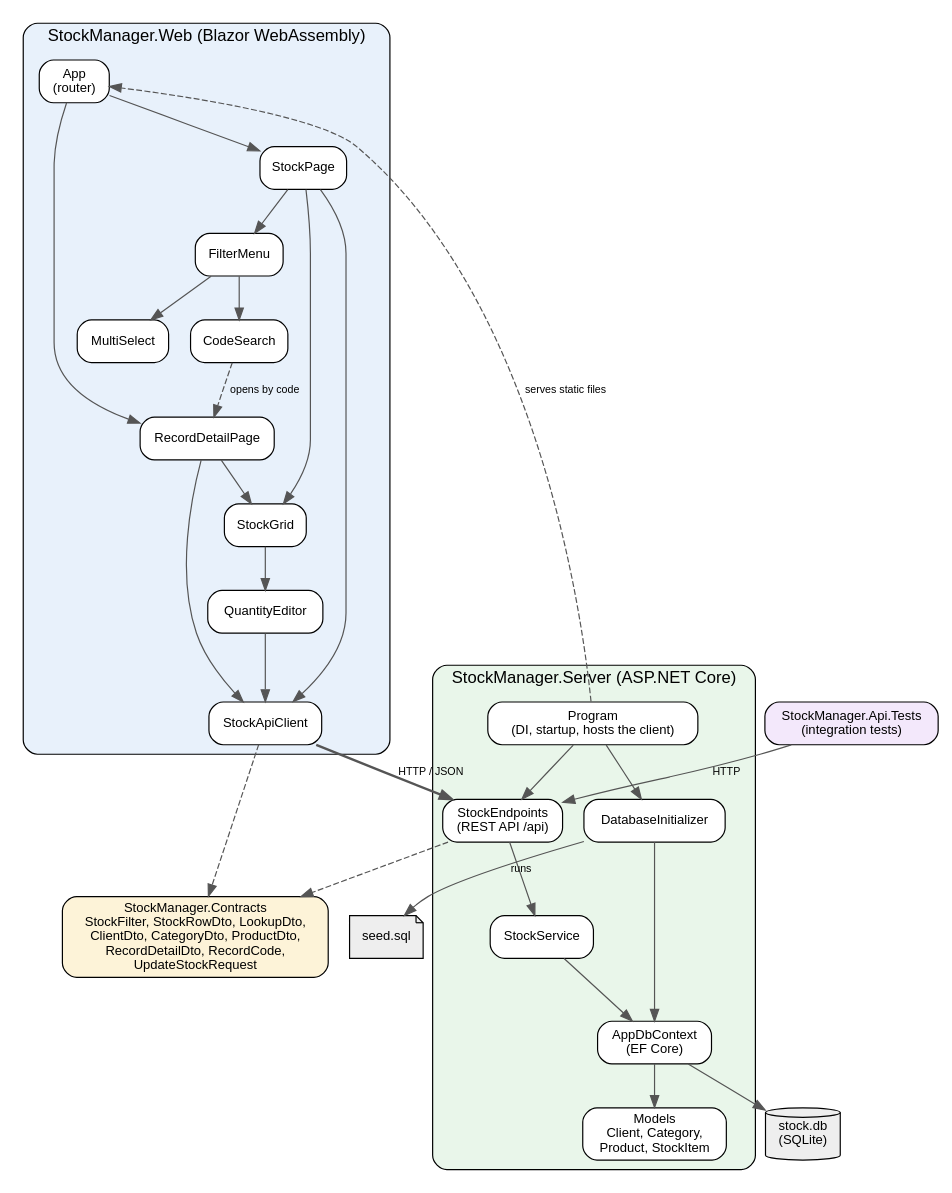
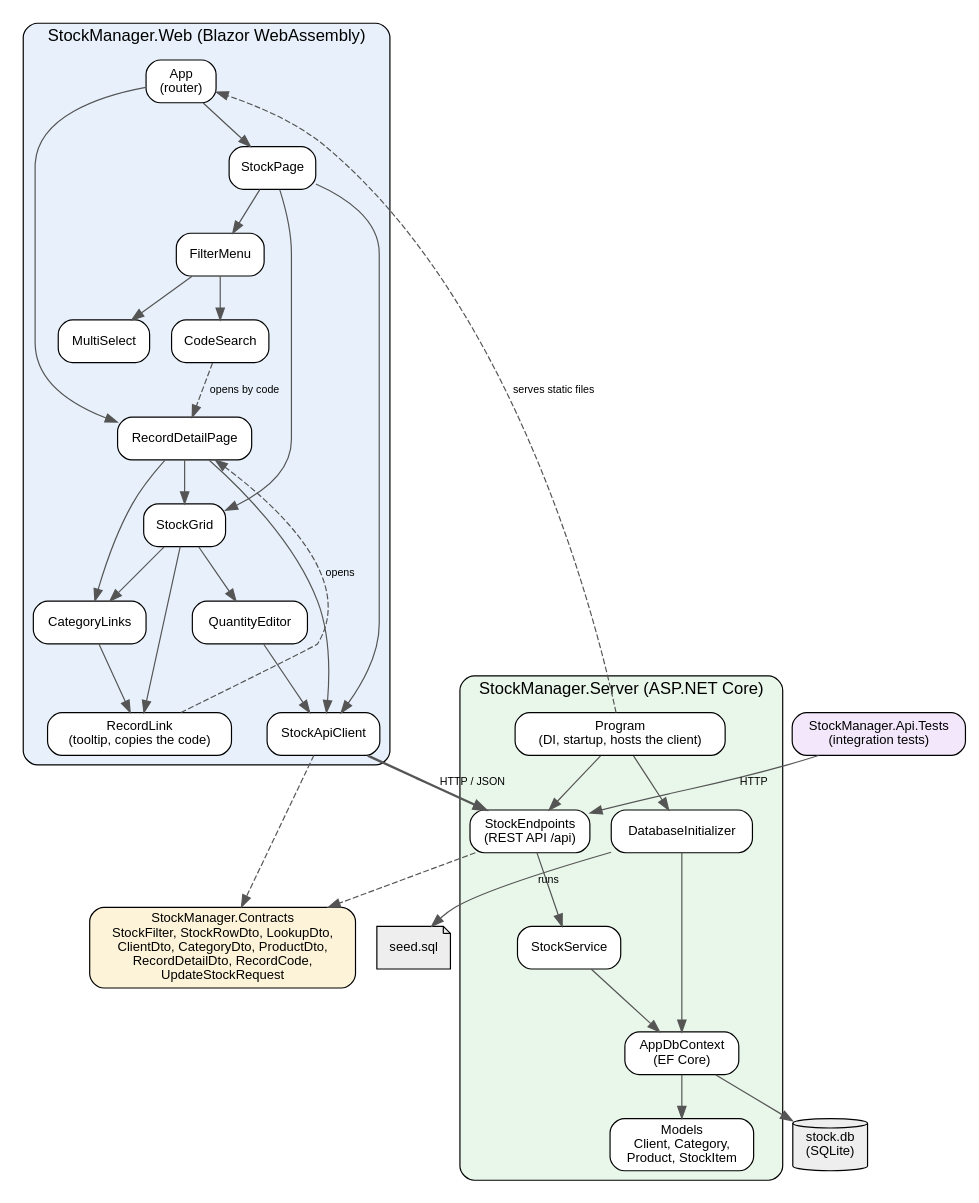
Before and after one commit to TechVo/StockManager: the diagram in docs/architecture.dot, drawn with Graphviz. The commit also changed 14 other files, not shown here.

First line of the commit message:
Add detail links with code tooltip and category sorting

```diff
--- a/docs/architecture.dot
+++ b/docs/architecture.dot
@@ -1,92 +1,99 @@
 // Source of the architecture diagram. The build renders it to architecture.svg and architecture.png.
 digraph Architecture {
     // general layout and style
     rankdir=TB;
     compound=true;
     newrank=true;
     fontname="Helvetica";
     node [shape=box, style="rounded,filled", fillcolor=white, fontname="Helvetica", fontsize=11];
     edge [fontname="Helvetica", fontsize=9, color="#555555"];
 
     // Blazor WebAssembly client, runs in the browser
     subgraph cluster_web {
         label="StockManager.Web (Blazor WebAssembly)";
         style="rounded,filled";
         fillcolor="#e8f1fb";
 
         App [label="App\n(router)"];
         StockPage;
         RecordDetailPage;
         FilterMenu;
         CodeSearch;
         MultiSelect;
         StockGrid;
+        CategoryLinks;
+        RecordLink [label="RecordLink\n(tooltip, copies the code)"];
         QuantityEditor;
         StockApiClient;
     }
 
     // DTOs shared by the client and the server
     Contracts [label="StockManager.Contracts\nStockFilter, StockRowDto, LookupDto,\nClientDto, CategoryDto, ProductDto,\nRecordDetailDto, RecordCode,\nUpdateStockRequest", fillcolor="#fdf3d8"];
 
     // REST API, application logic and data access
     subgraph cluster_server {
         label="StockManager.Server (ASP.NET Core)";
         style="rounded,filled";
         fillcolor="#e9f6ea";
 
         Program [label="Program\n(DI, startup, hosts the client)"];
         StockEndpoints [label="StockEndpoints\n(REST API /api)"];
         StockService;
         DatabaseInitializer;
         AppDbContext [label="AppDbContext\n(EF Core)"];
         Models [label="Models\nClient, Category,\nProduct, StockItem"];
     }
 
     // files used at runtime
     Database [label="stock.db\n(SQLite)", shape=cylinder, fillcolor="#eeeeee"];
     SeedData [label="seed.sql", shape=note, fillcolor="#eeeeee"];
 
     // integration tests run the real server with their own database file
     Tests [label="StockManager.Api.Tests\n(integration tests)", fillcolor="#f3e8fb"];
 
     // component structure of the pages
     App -> StockPage;
     App -> RecordDetailPage;
     StockPage -> FilterMenu;
     FilterMenu -> MultiSelect;
     FilterMenu -> CodeSearch;
     CodeSearch -> RecordDetailPage [label="opens by code", style=dashed];
+    StockGrid -> CategoryLinks;
+    RecordDetailPage -> CategoryLinks;
+    StockGrid -> RecordLink;
+    CategoryLinks -> RecordLink;
+    RecordLink -> RecordDetailPage [label="opens", style=dashed, constraint=false];
     StockPage -> StockGrid;
     StockGrid -> QuantityEditor;
 
     // client components call the API only through the API client
     StockPage -> StockApiClient;
     QuantityEditor -> StockApiClient;
     RecordDetailPage -> StockApiClient;
     RecordDetailPage -> StockGrid;
 
     // communication between the client and the server
     StockApiClient -> StockEndpoints [label="HTTP / JSON", style=bold];
     Program -> App [label="serves static files", style=dashed, constraint=false];
 
     // request handling on the server
     Program -> StockEndpoints;
     StockEndpoints -> StockService;
     StockService -> AppDbContext;
 
     // database preparation at startup
     Program -> DatabaseInitializer;
     DatabaseInitializer -> AppDbContext;
     DatabaseInitializer -> SeedData [label="runs"];
 
     // data access
     AppDbContext -> Models;
     AppDbContext -> Database;
 
     // both sides share the same DTOs
     StockApiClient -> Contracts [style=dashed];
     StockEndpoints -> Contracts [style=dashed];
 
     // integration tests call the REST API
     Tests -> StockEndpoints [label="HTTP"];
 }
```
